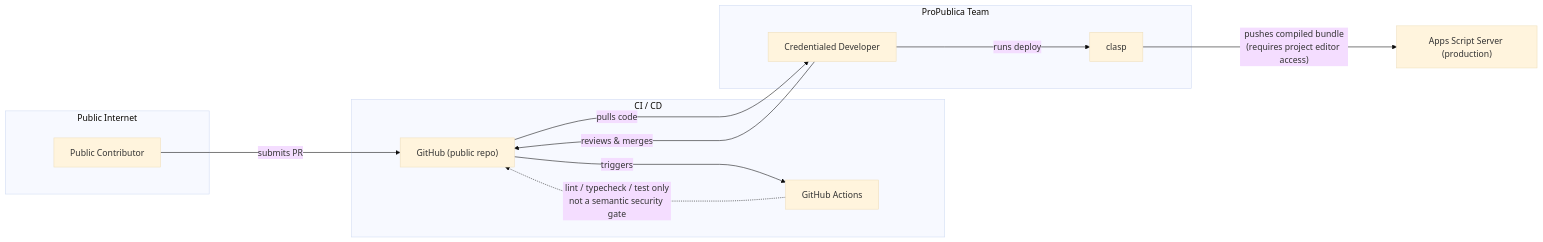
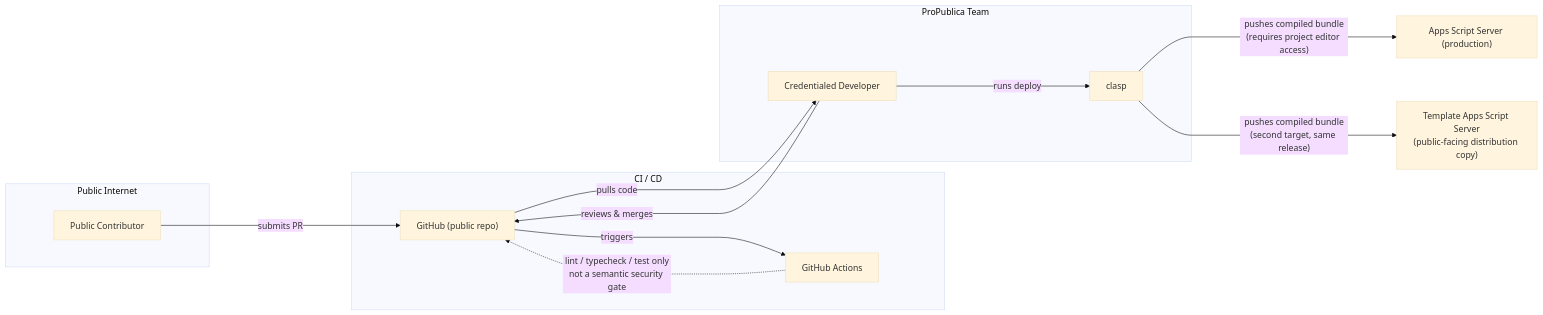
One commit to propublica/gas-ssi-toolkit changed the second of 2 diagrams in docs/threat_models/ssi-toolkit-threat-model.md. Above: the diagram before and after it, drawn with Mermaid (base theme). The commit also changed other lines of this file and 7 other files, not shown here.

First line of the commit message:
Add template-Sheet distribution channel (AI-112) (#172)

````diff
--- a/docs/threat_models/ssi-toolkit-threat-model.md
+++ b/docs/threat_models/ssi-toolkit-threat-model.md
@@ -58,27 +58,29 @@
 ```mermaid
 %%{init: {"flowchart": {"nodeSpacing": 80, "rankSpacing": 180, "curve": "monotoneX"}} }%%
 flowchart LR
     subgraph PUBLIC["Public Internet"]
         CONTRIB["Public Contributor"]
     end
 
     subgraph CICD["CI / CD"]
         GH["GitHub (public repo)"]
         GHA["GitHub Actions"]
     end
 
     subgraph TEAM["ProPublica Team"]
         DEV["Credentialed Developer"]
         CLASP["clasp"]
     end
 
     SERVER["Apps Script Server (production)"]
+    SERVER_TEMPLATE["Template Apps Script Server\n(public-facing distribution copy)"]
 
     CONTRIB -->|"submits PR"| GH
     GH -->|"triggers"| GHA
     GHA -.->|"lint / typecheck / test only\nnot a semantic security gate"| GH
     GH -->|"pulls code"| DEV
     DEV -->|"reviews & merges"| GH
     DEV -->|"runs deploy"| CLASP
     CLASP -->|"pushes compiled bundle\n(requires project editor access)"| SERVER
+    CLASP -->|"pushes compiled bundle\n(second target, same release)"| SERVER_TEMPLATE
 ```
````
